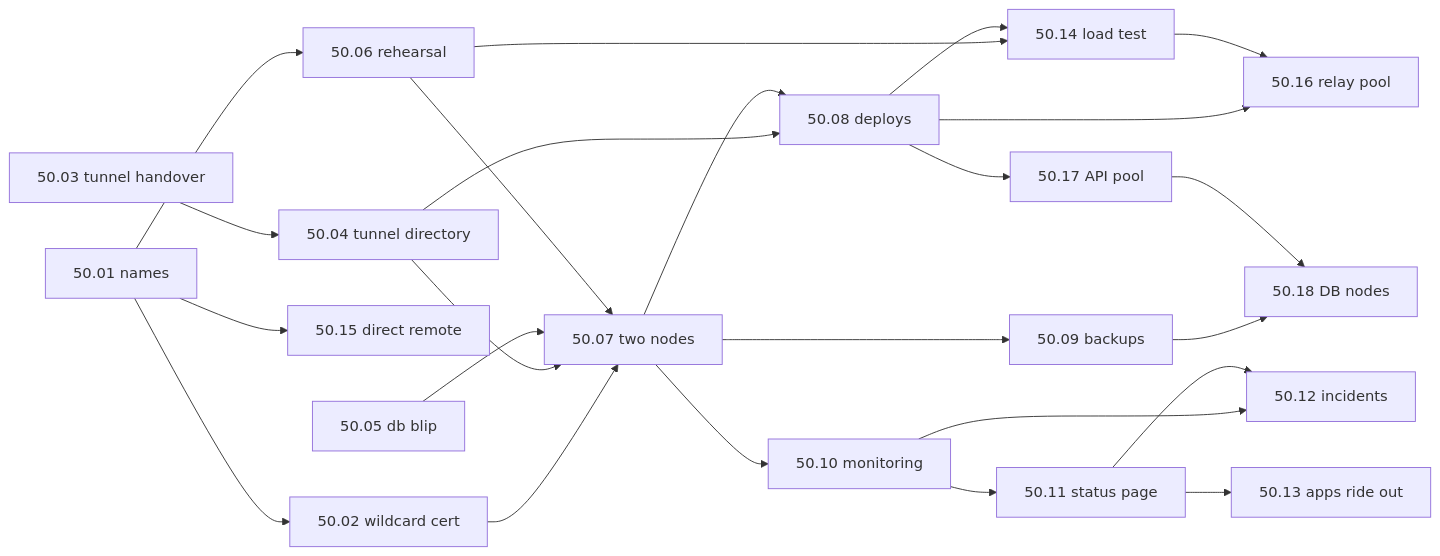
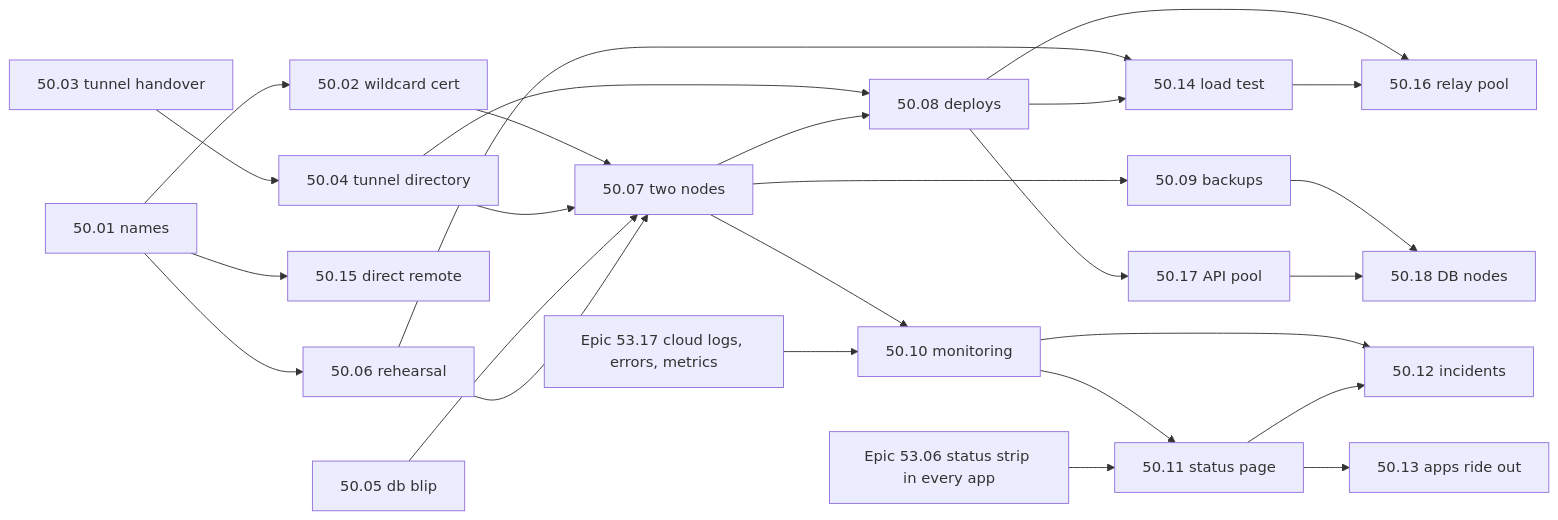
One commit to Hamza-Labs-Core/Maktaba changed the diagram in specs/epics/50-cloud-no-downtime/README.md. Above: the diagram before and after it, drawn with Mermaid. The commit also changed other lines of this file and 29 other files, not shown here.

First line of the commit message:
docs(spec): Epic 53, logs, errors and problem reports, and a UI that never goes dark

````diff
--- a/specs/epics/50-cloud-no-downtime/README.md
+++ b/specs/epics/50-cloud-no-downtime/README.md
@@ -338,26 +348,28 @@
 ```mermaid
 graph LR
   S01[50.01 names] --> S02[50.02 wildcard cert]
   S01 --> S06[50.06 rehearsal]
   S01 --> S15[50.15 direct remote]
   S03[50.03 tunnel handover] --> S04[50.04 tunnel directory]
   S02 --> S07[50.07 two nodes]
   S04 --> S07
   S05[50.05 db blip] --> S07
   S06 --> S07
   S04 --> S08[50.08 deploys]
   S07 --> S08
   S07 --> S09[50.09 backups]
   S07 --> S10[50.10 monitoring]
   S10 --> S11[50.11 status page]
+  E53_17[Epic 53.17 cloud logs, errors, metrics] --> S10
+  E53_06[Epic 53.06 status strip in every app] --> S11
   S10 --> S12[50.12 incidents]
   S11 --> S12
   S11 --> S13[50.13 apps ride out]
   S06 --> S14[50.14 load test]
   S08 --> S14
   S08 --> S16[50.16 relay pool]
   S14 --> S16
   S08 --> S17[50.17 API pool]
   S09 --> S18[50.18 DB nodes]
   S17 --> S18
 ```
````
